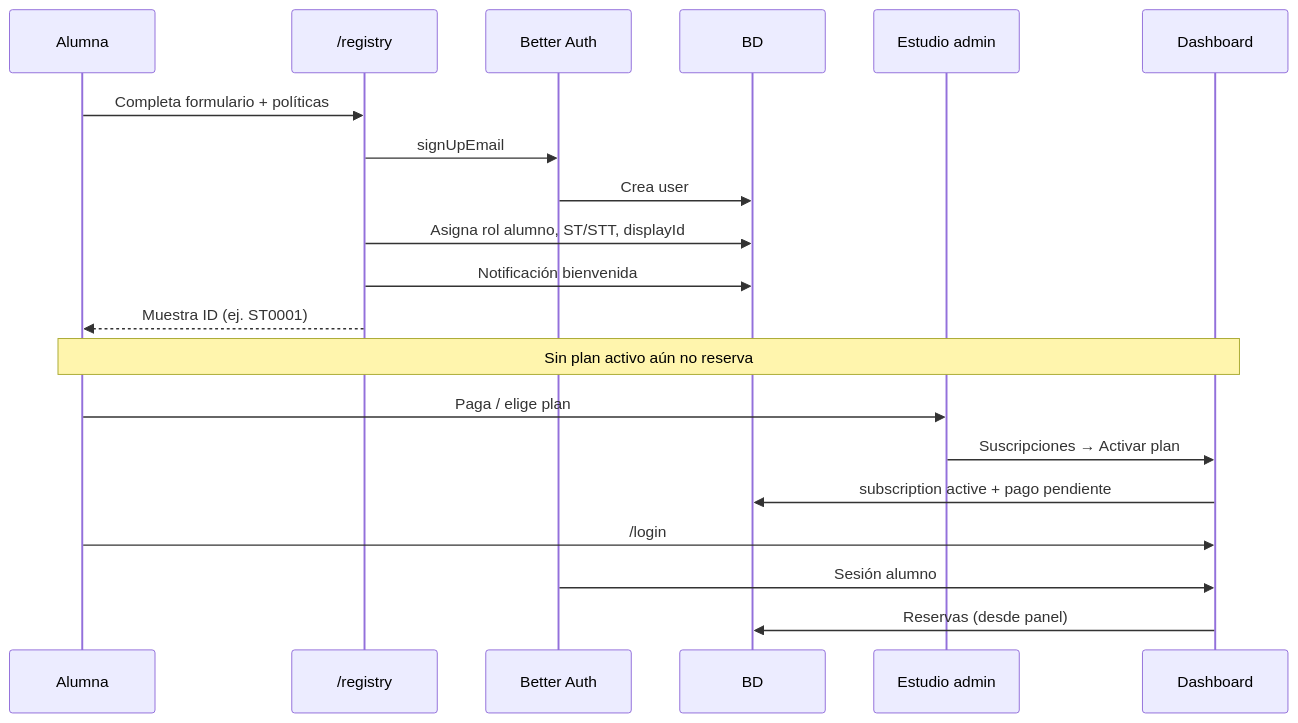
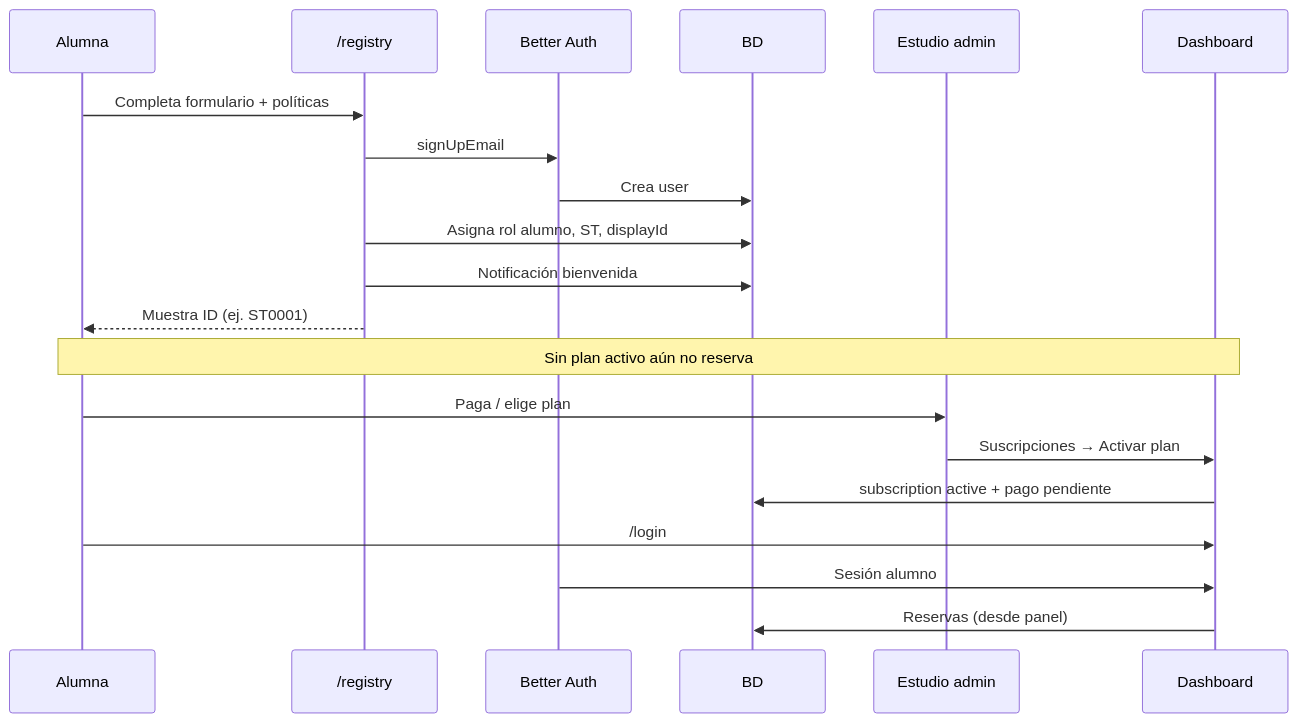
Before and after one commit to appdda-builders/pilates-reformer: the third of 7 diagrams in docs/FLUJOS-PLATAFORMA.md, drawn with Mermaid. The commit also changed other lines of this file and 18 other files, not shown here.

````diff
--- a/docs/FLUJOS-PLATAFORMA.md
+++ b/docs/FLUJOS-PLATAFORMA.md
@@ -103,26 +103,26 @@
 ```mermaid
 sequenceDiagram
   participant A as Alumna
   participant WEB as /registry
   participant AUTH as Better Auth
   participant DB as BD
   participant ST as Estudio admin
   participant DASH as Dashboard
 
   A->>WEB: Completa formulario + políticas
   WEB->>AUTH: signUpEmail
   AUTH->>DB: Crea user
-  WEB->>DB: Asigna rol alumno, ST/STT, displayId
+  WEB->>DB: Asigna rol alumno, ST, displayId
   WEB->>DB: Notificación bienvenida
   WEB-->>A: Muestra ID (ej. ST0001)
 
   Note over A,DASH: Sin plan activo aún no reserva
 
   A->>ST: Paga / elige plan
   ST->>DASH: Suscripciones → Activar plan
   DASH->>DB: subscription active + pago pendiente
 
   A->>DASH: /login
   AUTH->>DASH: Sesión alumno
   DASH->>DB: Reservas (desde panel)
 ```
````
